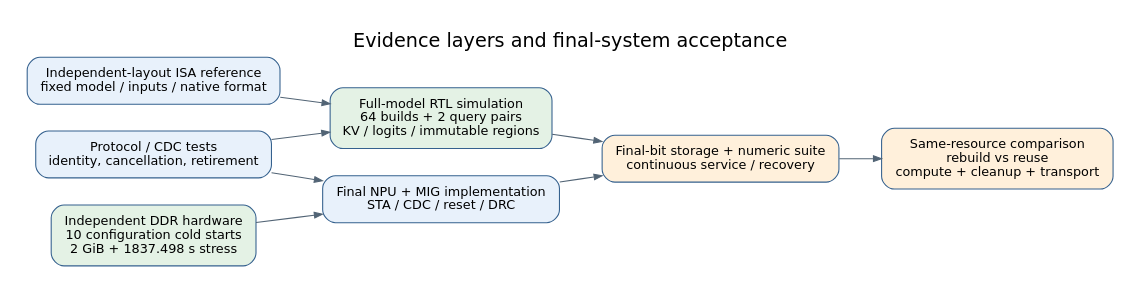
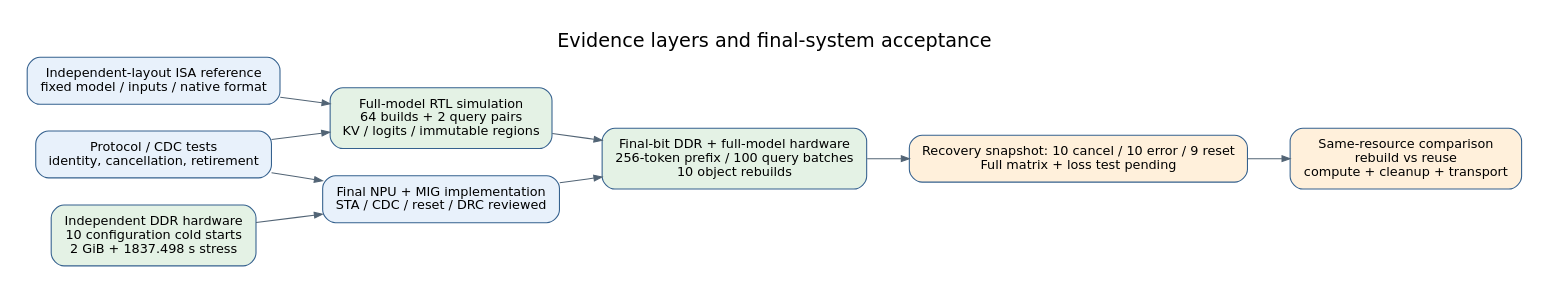
Before and after one commit to Jayden-Cai-nbb/RISK-KV: the diagram in docs/figures/validation.dot, drawn with Graphviz. The commit also changed 267 other files, not shown here.

```diff
--- a/docs/figures/validation.dot
+++ b/docs/figures/validation.dot
@@ -1,15 +1,16 @@
 digraph G {
  graph [bgcolor="white",pad="0.25",nodesep="0.35",ranksep="0.55",fontname="DejaVu Sans",fontsize=18];
  node [shape=box,style="rounded,filled",fillcolor="#e8f1fb",color="#35618e",fontname="DejaVu Sans",fontsize=12,margin="0.18,0.12"];
  edge [color="#526475",fontname="DejaVu Sans",fontsize=10,arrowsize=0.75];
 
  rankdir=LR;label="Evidence layers and final-system acceptance";labelloc=t;
  ref [label="Independent-layout ISA reference\nfixed model / inputs / native format"];
  fast [label="Protocol / CDC tests\nidentity, cancellation, retirement"];
  model [label="Full-model RTL simulation\n64 builds + 2 query pairs\nKV / logits / immutable regions",fillcolor="#e4f2e5"];
  ddr [label="Independent DDR hardware\n10 configuration cold starts\n2 GiB + 1837.498 s stress",fillcolor="#e4f2e5"];
- impl [label="Final NPU + MIG implementation\nSTA / CDC / reset / DRC"];
- final [label="Final-bit storage + numeric suite\ncontinuous service / recovery",fillcolor="#fff0db"];
+ impl [label="Final NPU + MIG implementation\nSTA / CDC / reset / DRC reviewed"];
+ final [label="Final-bit DDR + full-model hardware\n256-token prefix / 100 query batches\n10 object rebuilds",fillcolor="#e4f2e5"];
+ recovery [label="Recovery snapshot: 10 cancel / 10 error / 9 reset\nFull matrix + loss test pending",fillcolor="#fff0db"];
  eval [label="Same-resource comparison\nrebuild vs reuse\ncompute + cleanup + transport",fillcolor="#fff0db"];
- ref->model;fast->model;fast->impl;ddr->impl;impl->final;model->final;final->eval;
+ ref->model;fast->model;fast->impl;ddr->impl;impl->final;model->final;final->recovery;recovery->eval;
 }
```
